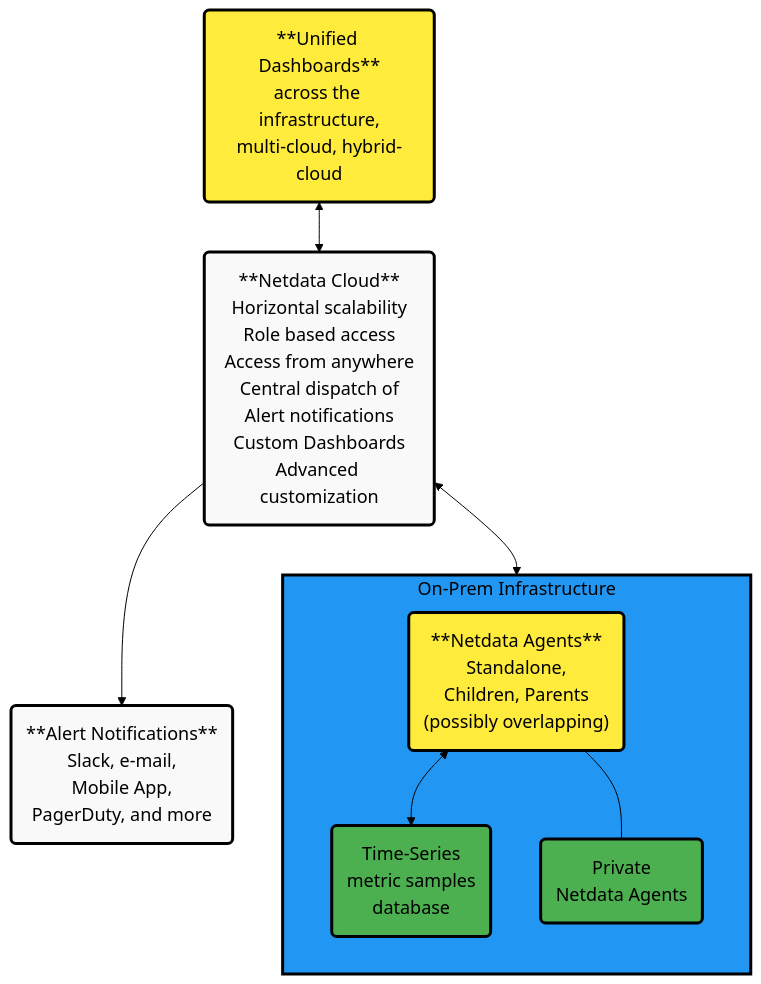
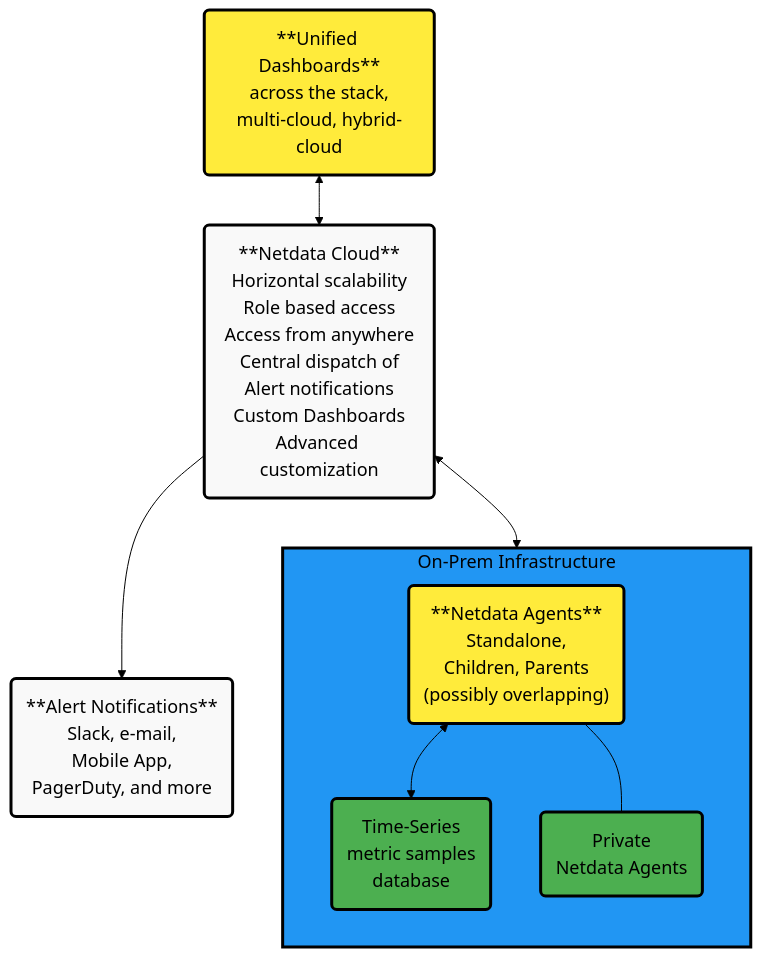
One commit to netdata/netdata changed the diagram in docs/netdata-cloud/README.md. Above: the diagram before and after it, drawn with Mermaid (forest theme). The commit also changed other lines of this file and 130 other files, not shown here.

````diff
--- a/docs/netdata-cloud/README.md
+++ b/docs/netdata-cloud/README.md
@@ -19,37 +19,37 @@
 ```mermaid
 flowchart TB
    NC("**Netdata Cloud**<br/>Horizontal scalability<br/>Role based access<br/>Access from anywhere<br/>Central dispatch of<br/>Alert notifications<br/>Custom Dashboards<br/>Advanced customization")
 
-Users("**Unified Dashboards**<br/>across the infrastructure,<br/>multi-cloud, hybrid-cloud")
+Users("**Unified Dashboards**<br/>across the stack,<br/>multi-cloud, hybrid-cloud")
 
 Notifications("**Alert Notifications**<br/>Slack, e-mail,<br/> Mobile App,<br/>PagerDuty, and more")
 
 Users <--> NC
 NC --> Notifications
 
 subgraph infrastructure["On-Prem Infrastructure"]
 direction TB
 Agents("**Netdata Agents**<br/>Standalone,<br/>Children, Parents<br/>(possibly overlapping)")
 
 TimeSeries("Time-Series<br/>metric samples<br/>database")
 
 PrivateAgents("Private<br/>Netdata Agents")
 
 Agents <--> TimeSeries
 Agents --- PrivateAgents
 end
 
 NC <--> Agents
 
 %% Style definitions
 classDef alert fill:#ffeb3b,stroke:#000000,stroke-width:3px,color:#000000,font-size:18px
 classDef neutral fill:#f9f9f9,stroke:#000000,stroke-width:3px,color:#000000,font-size:18px
 classDef complete fill:#4caf50,stroke:#000000,stroke-width:3px,color:#000000,font-size:18px
 classDef database fill:#2196F3,stroke:#000000,stroke-width:3px,color:#000000,font-size:18px
 
 %% Apply styles
 class Users,Agents alert
 class NC,Notifications neutral
 class TimeSeries,PrivateAgents complete
 class infrastructure database
 ```
````
